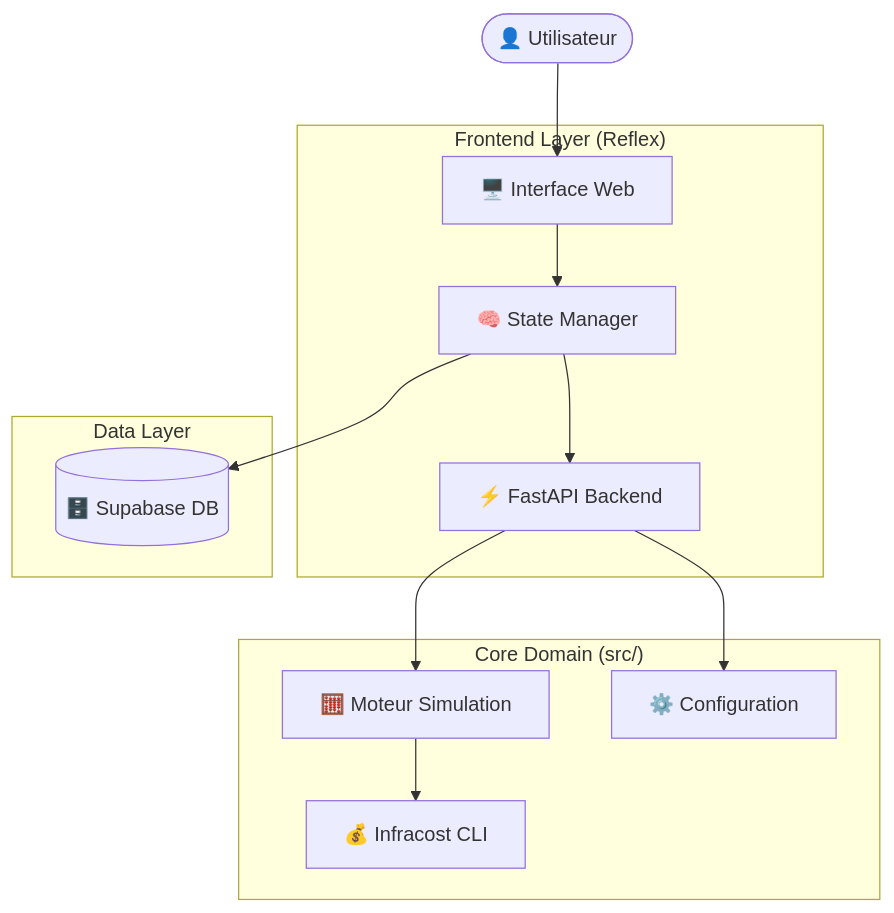
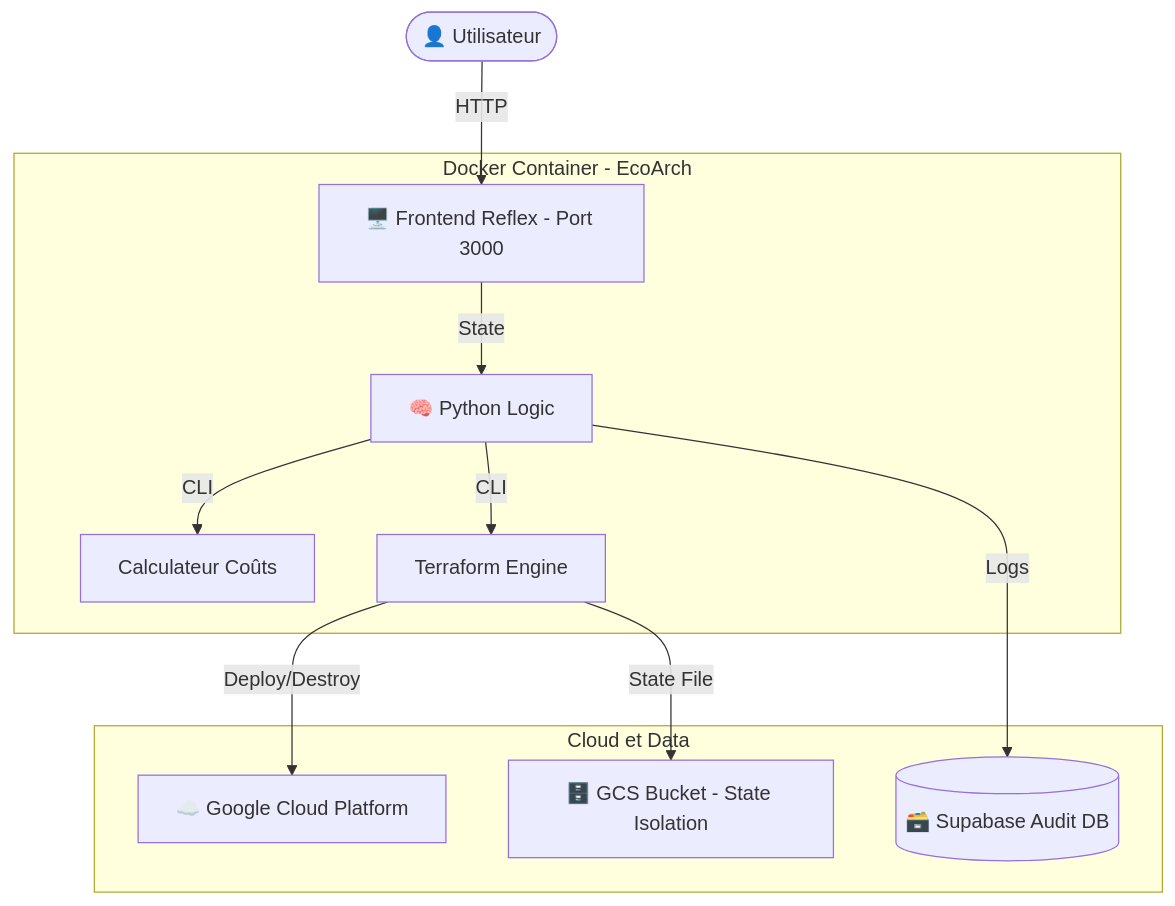
One commit to HichOps/EcoArch changed the diagram in README.md. Above: the diagram before and after it, drawn with Mermaid. The commit also changed other lines of this file and 11 other files, not shown here.

Commit message:
Release V1: Docker, Multi-tenant, Terraform Destroy & Docs

````diff
--- a/README.md
+++ b/README.md
@@ -28,20 +39,16 @@
 ```mermaid
 graph TD
-    subgraph "Frontend Layer (Reflex)"
-        UI[🖥️ Interface Web] --> State[🧠 State Manager]
-        State --> API[⚡ FastAPI Backend]
+    User([👤 Utilisateur]) -->|HTTP| Reflex[🖥️ Frontend Reflex - Port 3000]
+    
+    subgraph DockerContainer[Docker Container - EcoArch]
+        Reflex -->|State| Backend[🧠 Python Logic]
+        Backend -->|CLI| Infracost[Calculateur Coûts]
+        Backend -->|CLI| Terraform[Terraform Engine]
     end
-
-    subgraph "Core Domain (src/)"
-        API --> Sim[🧮 Moteur Simulation]
-        API --> Config[⚙️ Configuration]
-        Sim --> Infracost[💰 Infracost CLI]
+    
+    subgraph CloudData[Cloud et Data]
+        Terraform -->|Deploy/Destroy| GCP[☁️ Google Cloud Platform]
+        Terraform -->|State File| GCS[🗄️ GCS Bucket - State Isolation]
+        Backend -->|Logs| Supabase[(🗃️ Supabase Audit DB)]
     end
-
-    subgraph "Data Layer"
-        State --> Supabase[(🗄️ Supabase DB)]
-    end
-
-    User([👤 Utilisateur]) --> UI
-
 ```
````
